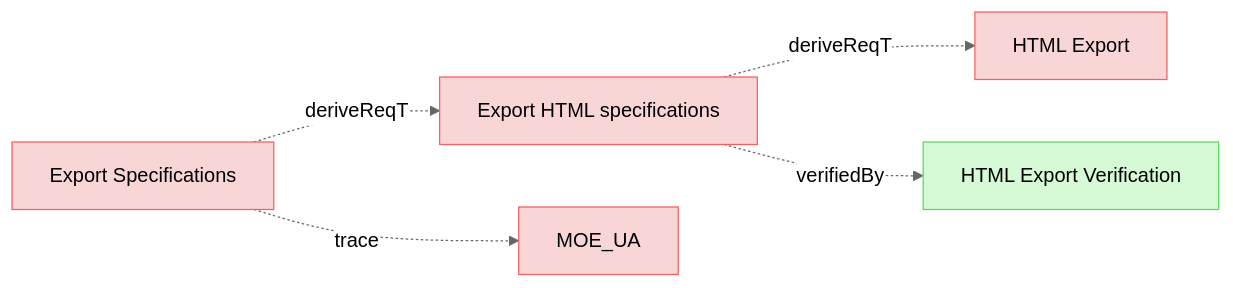
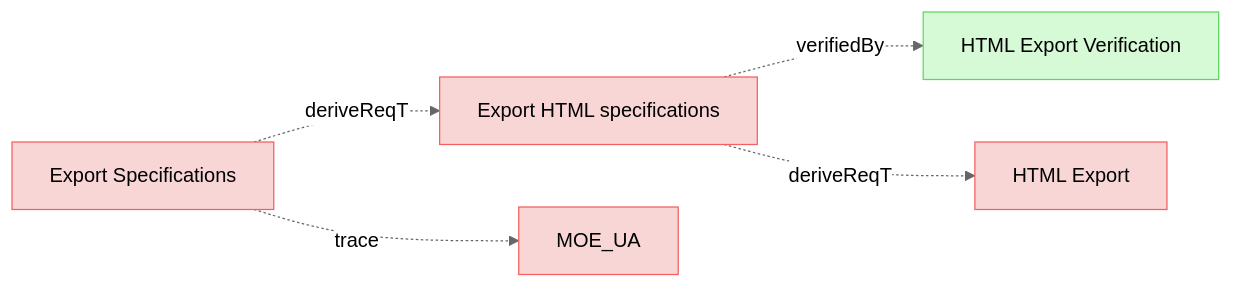
Before and after one commit to reqvire-org/reqvire: the seventh of 9 diagrams in specifications/UserRequirements.md, drawn with Mermaid (neutral theme). The commit also changed other lines of this file and 16 other files, not shown here.

Commit message:
Updates diagrams

````diff
--- a/specifications/UserRequirements.md
+++ b/specifications/UserRequirements.md
@@ -867,29 +867,29 @@
 ```mermaid
 graph LR;
   %% REQVIRE-AUTOGENERATED-DIAGRAM
   %% Graph styling
   classDef requirement fill:#f9d6d6,stroke:#f55f5f,stroke-width:1px;
   classDef verification fill:#d6f9d6,stroke:#5fd75f,stroke-width:1px;
   classDef externalLink fill:#d0e0ff,stroke:#3080ff,stroke-width:1px;
   classDef default fill:#f5f5f5,stroke:#333333,stroke-width:1px;
 
   a4c40962cac85d0c["Export HTML specifications"];
   class a4c40962cac85d0c requirement;
   click a4c40962cac85d0c "UserRequirements.md#export-html-specifications";
+  14ef985b9a43174e["HTML Export Verification"];
+  class 14ef985b9a43174e verification;
+  click 14ef985b9a43174e "Verifications/Misc.md#html-export-verification";
+  a4c40962cac85d0c -.->|verifiedBy| 14ef985b9a43174e;
   5deb63503bdf77c["HTML Export"];
   class 5deb63503bdf77c requirement;
   click 5deb63503bdf77c "SystemRequirements/Requirements.md#html-export";
   a4c40962cac85d0c -.->|deriveReqT| 5deb63503bdf77c;
-  14ef985b9a43174e["HTML Export Verification"];
-  class 14ef985b9a43174e verification;
-  click 14ef985b9a43174e "Verifications/Misc.md#html-export-verification";
-  a4c40962cac85d0c -.->|verifiedBy| 14ef985b9a43174e;
   b3b899678f557ee9["Export Specifications"];
   class b3b899678f557ee9 requirement;
   click b3b899678f557ee9 "UserStories.md#export-specifications";
   2c5f30f14e792200["MOE_UA"];
   class 2c5f30f14e792200 requirement;
   click 2c5f30f14e792200 "MOEs.md#moe_ua";
   b3b899678f557ee9 -.->|trace| 2c5f30f14e792200;
   b3b899678f557ee9 -.->|deriveReqT| a4c40962cac85d0c;
 ```
````
